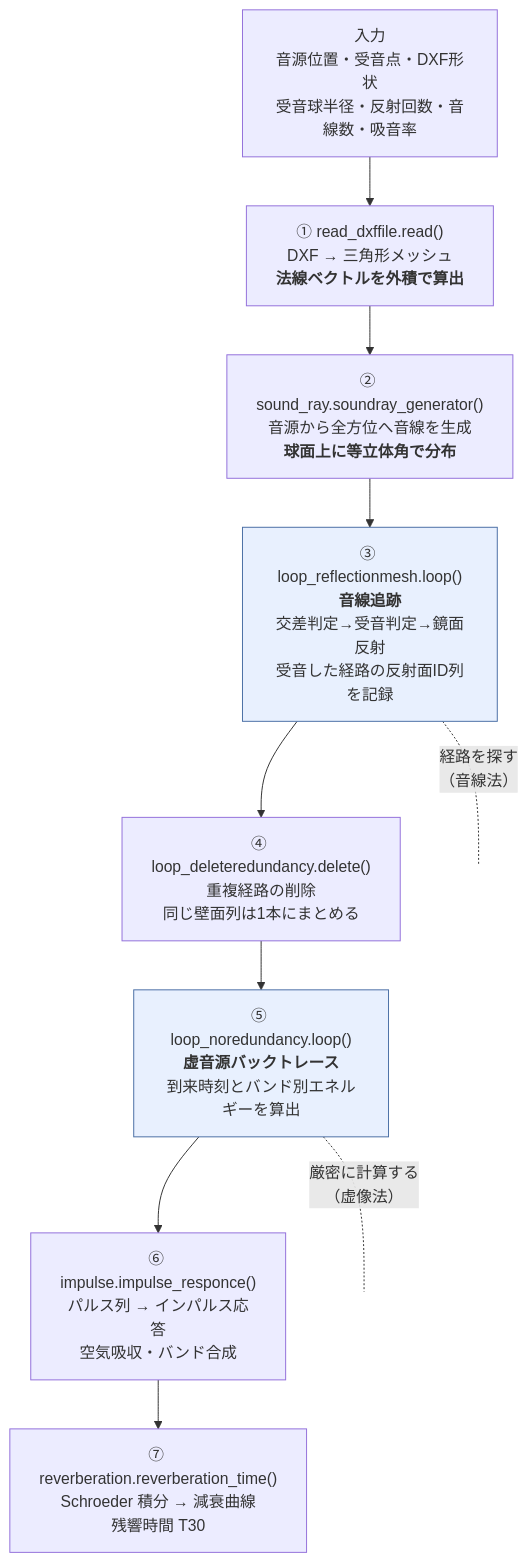
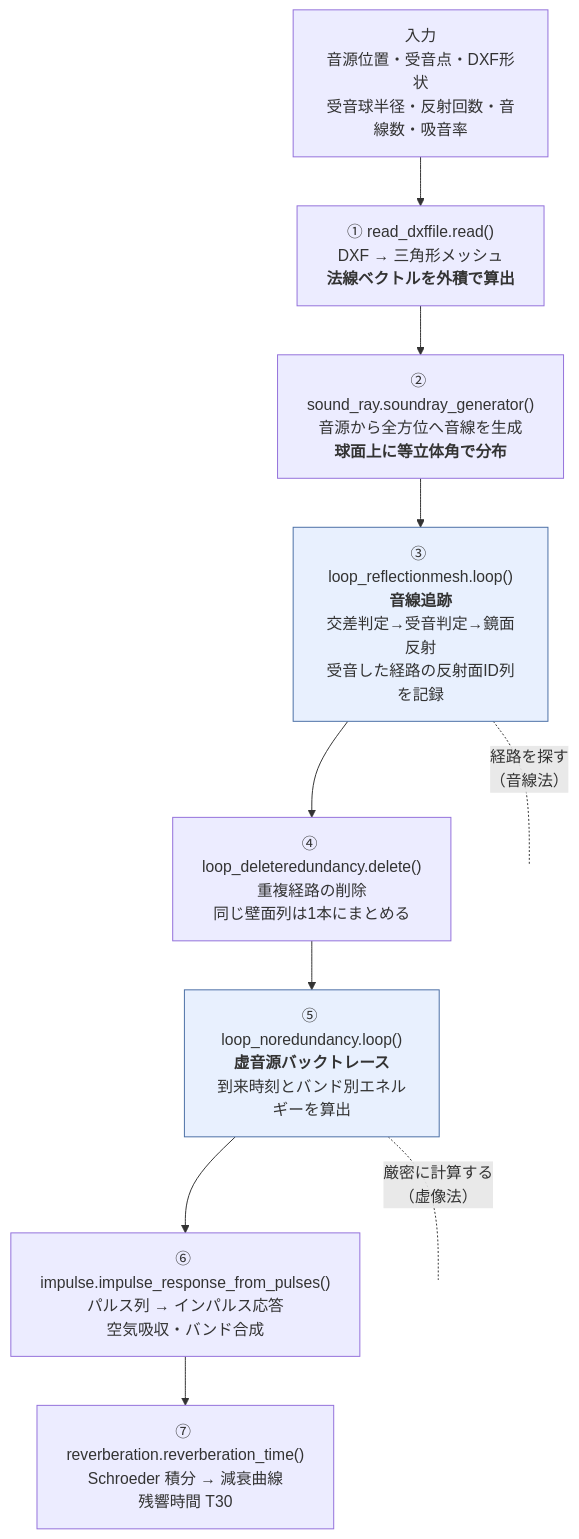
Before and after one commit to saka810/nea-simulation-pj: the diagram in docs/技術説明書.md, drawn with Mermaid. The commit also changed other lines of this file and 10 other files, not shown here.

````diff
--- a/docs/技術説明書.md
+++ b/docs/技術説明書.md
@@ -35,22 +35,22 @@
 ```mermaid
 flowchart TD
     IN["入力<br/>音源位置・受音点・DXF形状<br/>受音球半径・反射回数・音線数・吸音率"]
 
     S1["① read_dxffile.read()<br/>DXF → 三角形メッシュ<br/><b>法線ベクトルを外積で算出</b>"]
     S2["② sound_ray.soundray_generator()<br/>音源から全方位へ音線を生成<br/><b>球面上に等立体角で分布</b>"]
     S3["③ loop_reflectionmesh.loop()<br/><b>音線追跡</b><br/>交差判定→受音判定→鏡面反射<br/>受音した経路の反射面ID列を記録"]
     S4["④ loop_deleteredundancy.delete()<br/>重複経路の削除<br/>同じ壁面列は1本にまとめる"]
     S5["⑤ loop_noredundancy.loop()<br/><b>虚音源バックトレース</b><br/>到来時刻とバンド別エネルギーを算出"]
-    S6["⑥ impulse.impulse_responce()<br/>パルス列 → インパルス応答<br/>空気吸収・バンド合成"]
+    S6["⑥ impulse.impulse_response_from_pulses()<br/>パルス列 → インパルス応答<br/>空気吸収・バンド合成"]
     S7["⑦ reverberation.reverberation_time()<br/>Schroeder 積分 → 減衰曲線<br/>残響時間 T30"]
 
     IN --> S1 --> S2 --> S3 --> S4 --> S5 --> S6 --> S7
 
     S3 -. "経路を探す<br/>（音線法）" .- N1[ ]
     S5 -. "厳密に計算する<br/>（虚像法）" .- N2[ ]
 
     style S3 fill:#e8f0fe,stroke:#4a6fa5
     style S5 fill:#e8f0fe,stroke:#4a6fa5
     style N1 fill:none,stroke:none
     style N2 fill:none,stroke:none
 ```
````
